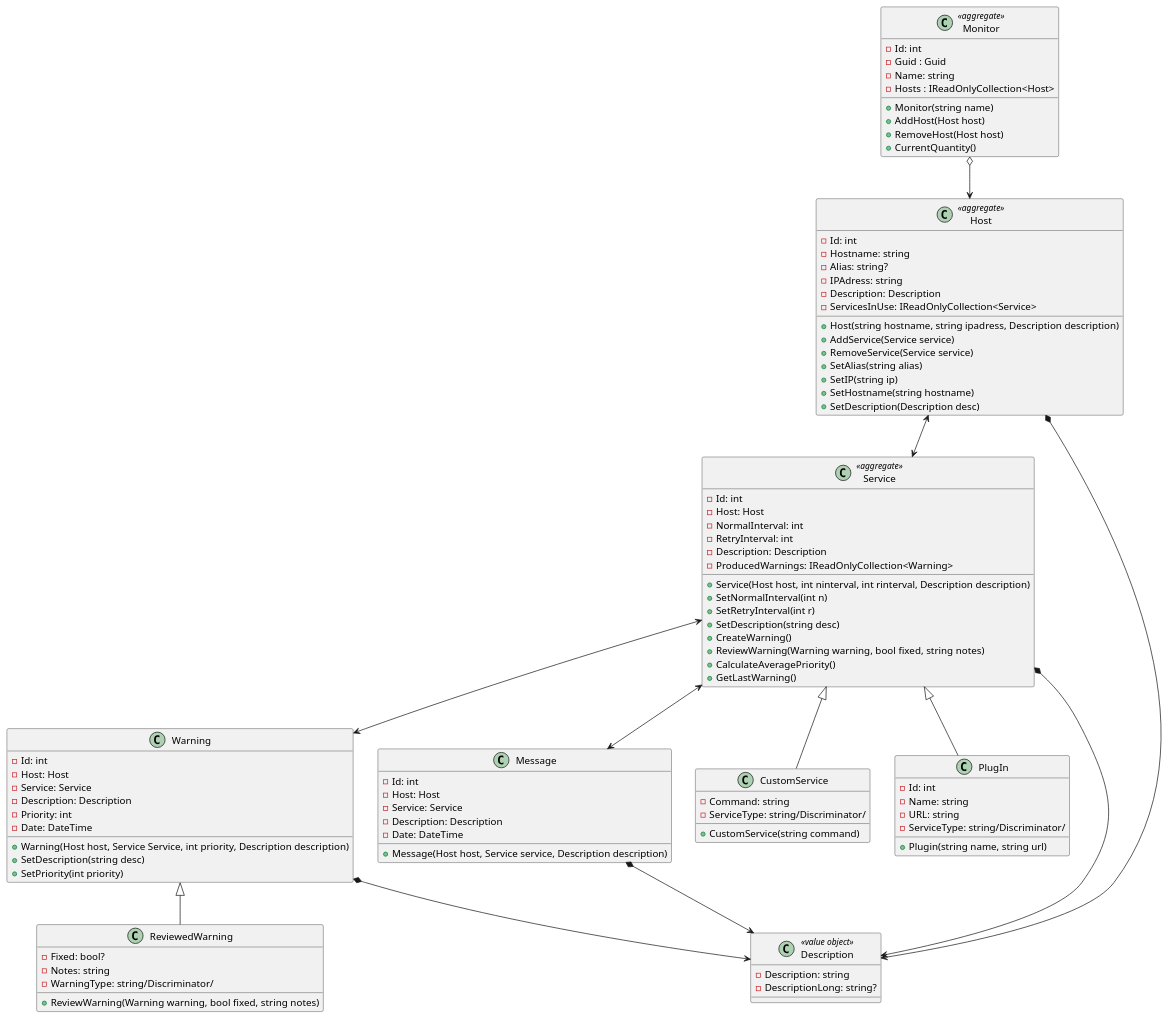
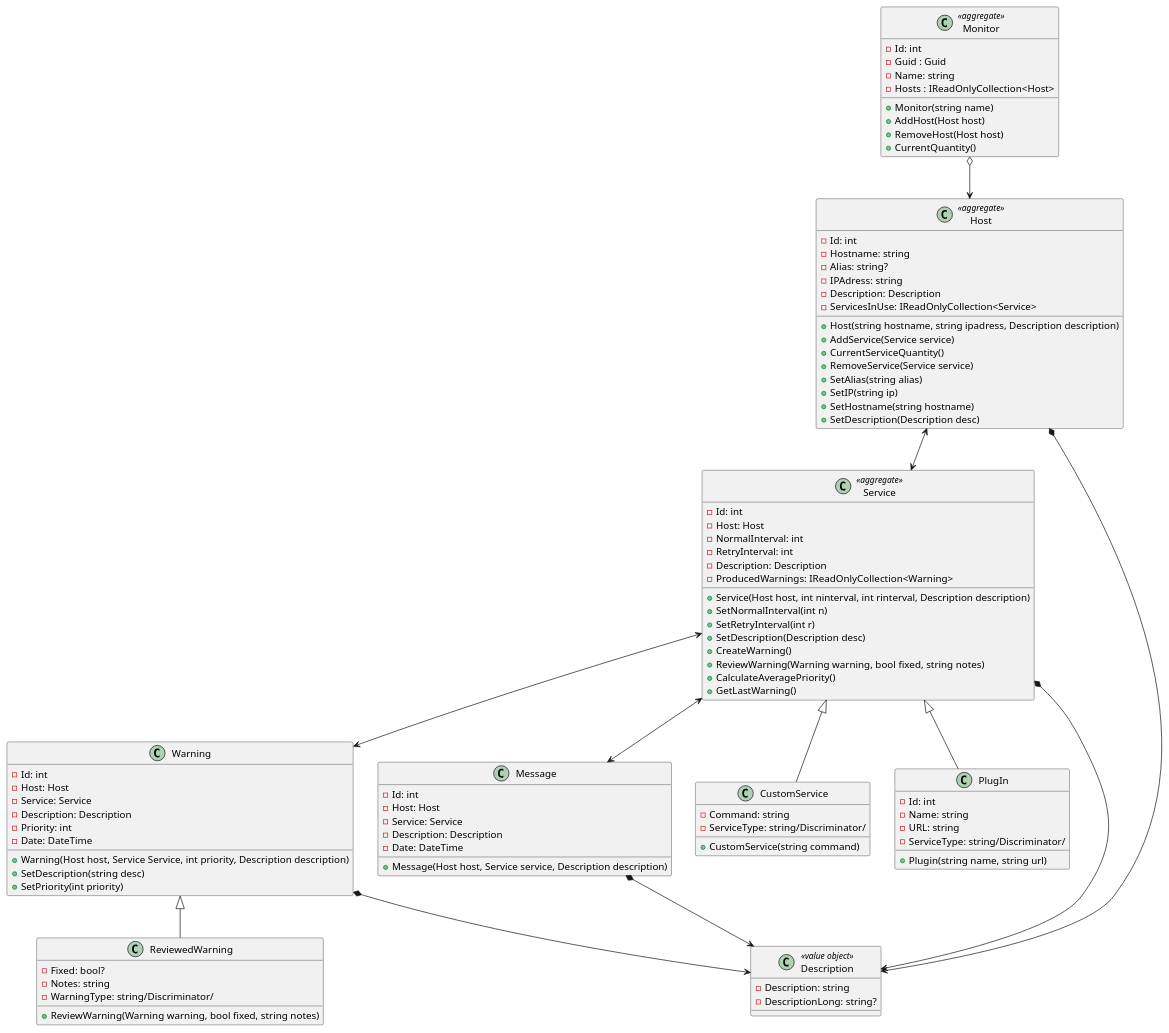
Before and after one commit to pa4ul/NetMonitor: the diagram in ClassDiagram/NetMonitor.puml, drawn with PlantUML. The commit also changed 21 other files, not shown here.

```diff
--- a/ClassDiagram/NetMonitor.puml
+++ b/ClassDiagram/NetMonitor.puml
@@ -1,106 +1,107 @@
 @startuml
 
 class Monitor <<aggregate>>{
     - Id: int
     - Guid : Guid
     - Name: string
     - Hosts : IReadOnlyCollection<Host>
     + Monitor(string name)
     + AddHost(Host host)
     + RemoveHost(Host host)
     + CurrentQuantity()
 }
 class Message{
     -Id: int
     -Host: Host
     -Service: Service
     -Description: Description
     -Date: DateTime
     +Message(Host host, Service service, Description description)
 }
 class Host <<aggregate>>{
     -Id: int
     -Hostname: string
     -Alias: string?
     -IPAdress: string
     -Description: Description
     -ServicesInUse: IReadOnlyCollection<Service>
     +Host(string hostname, string ipadress, Description description)
     +AddService(Service service)
+    +CurrentServiceQuantity()
     +RemoveService(Service service)
     +SetAlias(string alias)
     +SetIP(string ip)
     +SetHostname(string hostname)
     +SetDescription(Description desc)
 }
 class Service<<aggregate>>{
     -Id: int
     -Host: Host
     -NormalInterval: int
     -RetryInterval: int
     -Description: Description
     -ProducedWarnings: IReadOnlyCollection<Warning>
     +Service(Host host, int ninterval, int rinterval, Description description)
     +SetNormalInterval(int n)
     +SetRetryInterval(int r)
-    +SetDescription(string desc)
+    +SetDescription(Description desc)
     +CreateWarning()
     +ReviewWarning(Warning warning, bool fixed, string notes)
     +CalculateAveragePriority()
     +GetLastWarning()
 
 }
 
 class CustomService{
     -Command: string
     -ServiceType: string/Discriminator/
     +CustomService(string command)
 }
 
 class PlugIn{
     -Id: int
     -Name: string
     -URL: string
     -ServiceType: string/Discriminator/
     +Plugin(string name, string url)
 }
 
 class Description <<value object>>{
     -Description: string
     -DescriptionLong: string?
 }
 
 class Warning{
     -Id: int
     -Host: Host
     -Service: Service
     -Description: Description
     -Priority: int
     -Date: DateTime
     +Warning(Host host, Service Service, int priority, Description description)
     +SetDescription(string desc)
     +SetPriority(int priority)
 }
 
 class ReviewedWarning{
     -Fixed: bool?
     -Notes: string
     -WarningType: string/Discriminator/
     +ReviewWarning(Warning warning, bool fixed, string notes)
 }
 
 
 
 ReviewedWarning -up-|> Warning
 CustomService -up-|> Service
 PlugIn -up-|> Service
 Host *--> Description
 Service *--> Description
 Warning *--> Description
 Message *--> Description
 Host <--> Service
 Monitor o--> Host
 Service <--> Warning
 Service <--> Message
 
 @enduml
```
